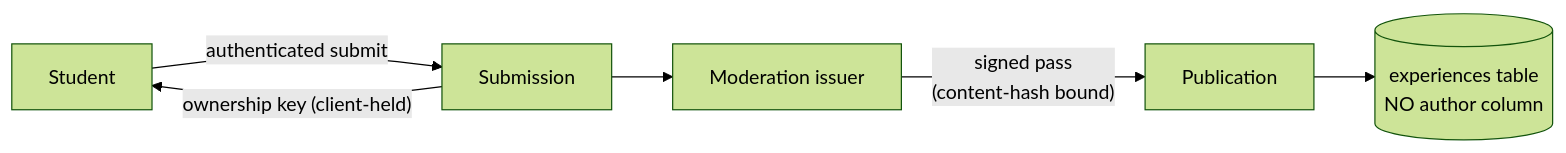
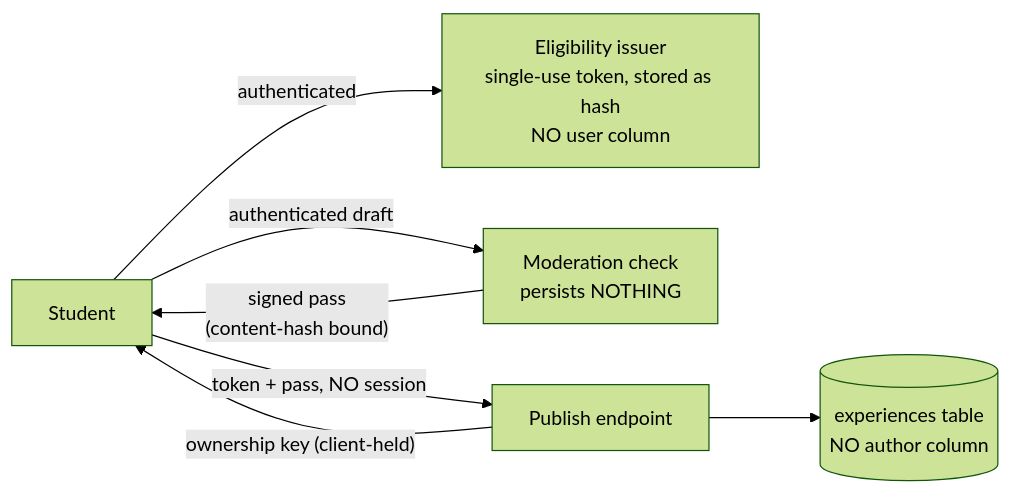
Before and after one commit to gy-yywq-s/HOney-refreshed: the diagram in docs/architecture/m3-experiences.md, drawn with Mermaid (forest theme). The commit also changed other lines of this file and 11 other files, not shown here.

First line of the commit message:
Experiences P0 rework: check/publish split, unlinkable publish, category-only reports

````diff
--- a/docs/architecture/m3-experiences.md
+++ b/docs/architecture/m3-experiences.md
@@ -19,8 +19,9 @@
 ```mermaid
 flowchart LR
-  U[Student] -- authenticated submit --> S[Submission]
-  S -- "ownership key (client-held)" --> U
-  S --> M[Moderation issuer]
-  M -- "signed pass\n(content-hash bound)" --> P[Publication]
+  U[Student] -- authenticated --> E[Eligibility issuer\nsingle-use token, stored as hash\nNO user column]
+  U -- authenticated draft --> M[Moderation check\npersists NOTHING]
+  M -- "signed pass\n(content-hash bound)" --> U
+  U -- "token + pass, NO session" --> P[Publish endpoint]
+  P -- "ownership key (client-held)" --> U
   P --> DB[(experiences table\nNO author column)]
 ```
````
